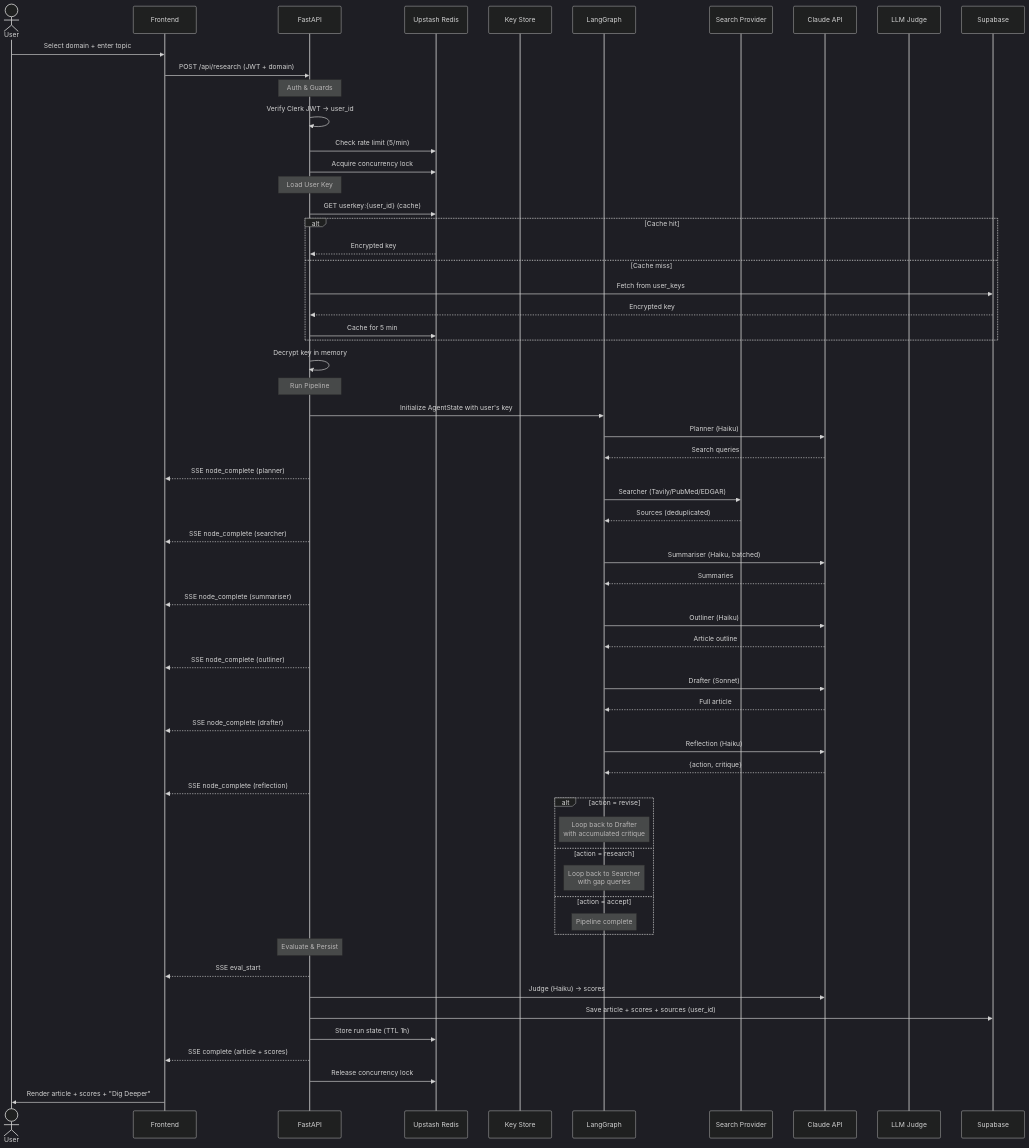
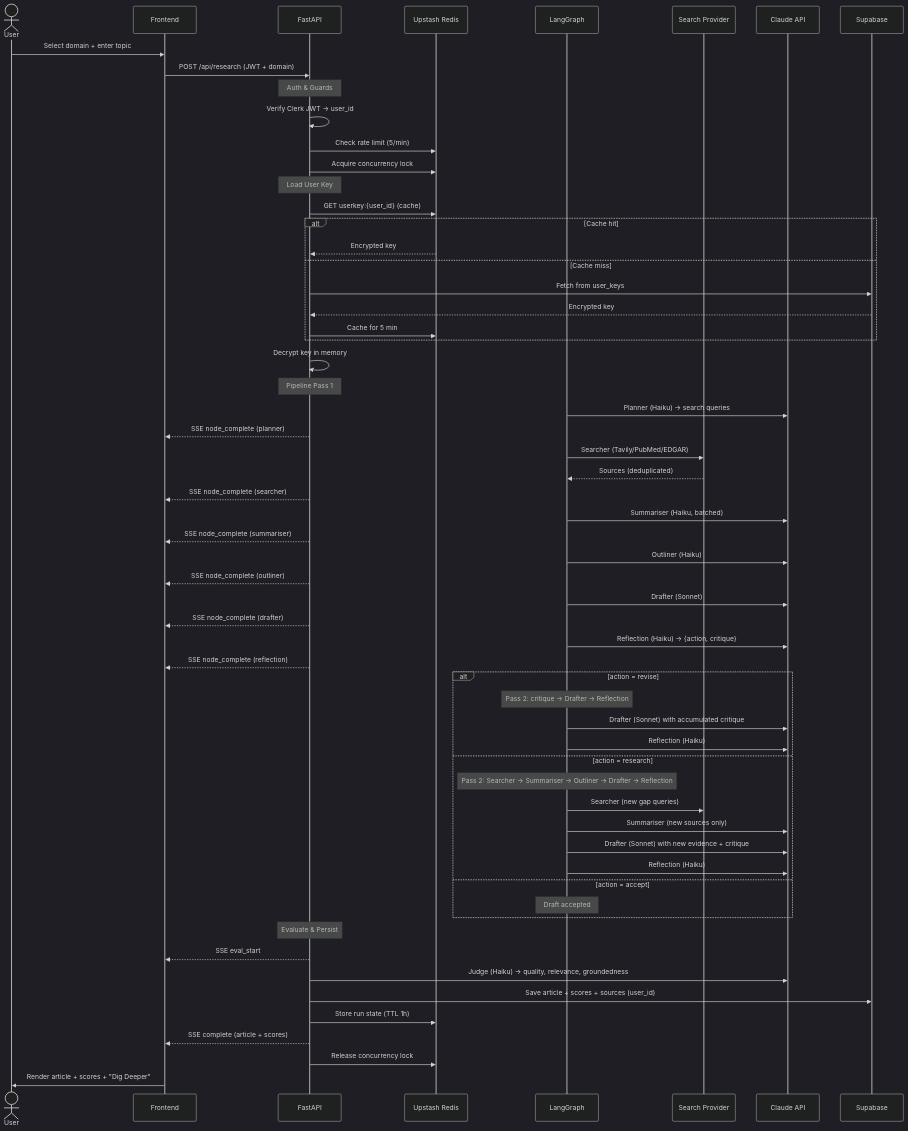
One commit to valyndsilva/lumen changed the fourth of 7 diagrams in README.md. Above: the diagram before and after it, drawn with Mermaid (dark theme). The commit also changed other lines of this file, not shown here.

````diff
--- a/README.md
+++ b/README.md
@@ -202,77 +366,75 @@
 ```mermaid
 sequenceDiagram
     actor User
     participant FE as Frontend
     participant API as FastAPI
     participant Redis as Upstash Redis
-    participant Keys as Key Store
     participant Graph as LangGraph
     participant Search as Search Provider
     participant LLM as Claude API
-    participant Judge as LLM Judge
     participant DB as Supabase
 
     User->>FE: Select domain + enter topic
     FE->>API: POST /api/research (JWT + domain)
 
     Note over API: Auth & Guards
     API->>API: Verify Clerk JWT → user_id
     API->>Redis: Check rate limit (5/min)
     API->>Redis: Acquire concurrency lock
 
     Note over API: Load User Key
     API->>Redis: GET userkey:{user_id} (cache)
     alt Cache hit
         Redis-->>API: Encrypted key
     else Cache miss
         API->>DB: Fetch from user_keys
         DB-->>API: Encrypted key
         API->>Redis: Cache for 5 min
     end
     API->>API: Decrypt key in memory
 
-    Note over API: Run Pipeline
-    API->>Graph: Initialize AgentState with user's key
+    Note over API: Pipeline Pass 1
 
-    Graph->>LLM: Planner (Haiku)
-    LLM-->>Graph: Search queries
+    Graph->>LLM: Planner (Haiku) → search queries
     API-->>FE: SSE node_complete (planner)
 
     Graph->>Search: Searcher (Tavily/PubMed/EDGAR)
     Search-->>Graph: Sources (deduplicated)
     API-->>FE: SSE node_complete (searcher)
 
     Graph->>LLM: Summariser (Haiku, batched)
-    LLM-->>Graph: Summaries
     API-->>FE: SSE node_complete (summariser)
 
     Graph->>LLM: Outliner (Haiku)
-    LLM-->>Graph: Article outline
     API-->>FE: SSE node_complete (outliner)
 
     Graph->>LLM: Drafter (Sonnet)
-    LLM-->>Graph: Full article
     API-->>FE: SSE node_complete (drafter)
 
-    Graph->>LLM: Reflection (Haiku)
-    LLM-->>Graph: {action, critique}
+    Graph->>LLM: Reflection (Haiku) → {action, critique}
     API-->>FE: SSE node_complete (reflection)
 
     alt action = revise
-        Note over Graph: Loop back to Drafter<br/>with accumulated critique
+        Note over Graph: Pass 2: critique → Drafter → Reflection
+        Graph->>LLM: Drafter (Sonnet) with accumulated critique
+        Graph->>LLM: Reflection (Haiku)
     else action = research
-        Note over Graph: Loop back to Searcher<br/>with gap queries
+        Note over Graph: Pass 2: Searcher → Summariser → Outliner → Drafter → Reflection
+        Graph->>Search: Searcher (new gap queries)
+        Graph->>LLM: Summariser (new sources only)
+        Graph->>LLM: Drafter (Sonnet) with new evidence + critique
+        Graph->>LLM: Reflection (Haiku)
     else action = accept
-        Note over Graph: Pipeline complete
+        Note over Graph: Draft accepted
     end
 
     Note over API: Evaluate & Persist
     API-->>FE: SSE eval_start
-    API->>LLM: Judge (Haiku) → scores
+    API->>LLM: Judge (Haiku) → quality, relevance, groundedness
     API->>DB: Save article + scores + sources (user_id)
     API->>Redis: Store run state (TTL 1h)
     API-->>FE: SSE complete (article + scores)
     API->>Redis: Release concurrency lock
 
     FE->>User: Render article + scores + "Dig Deeper"
 ```
````
